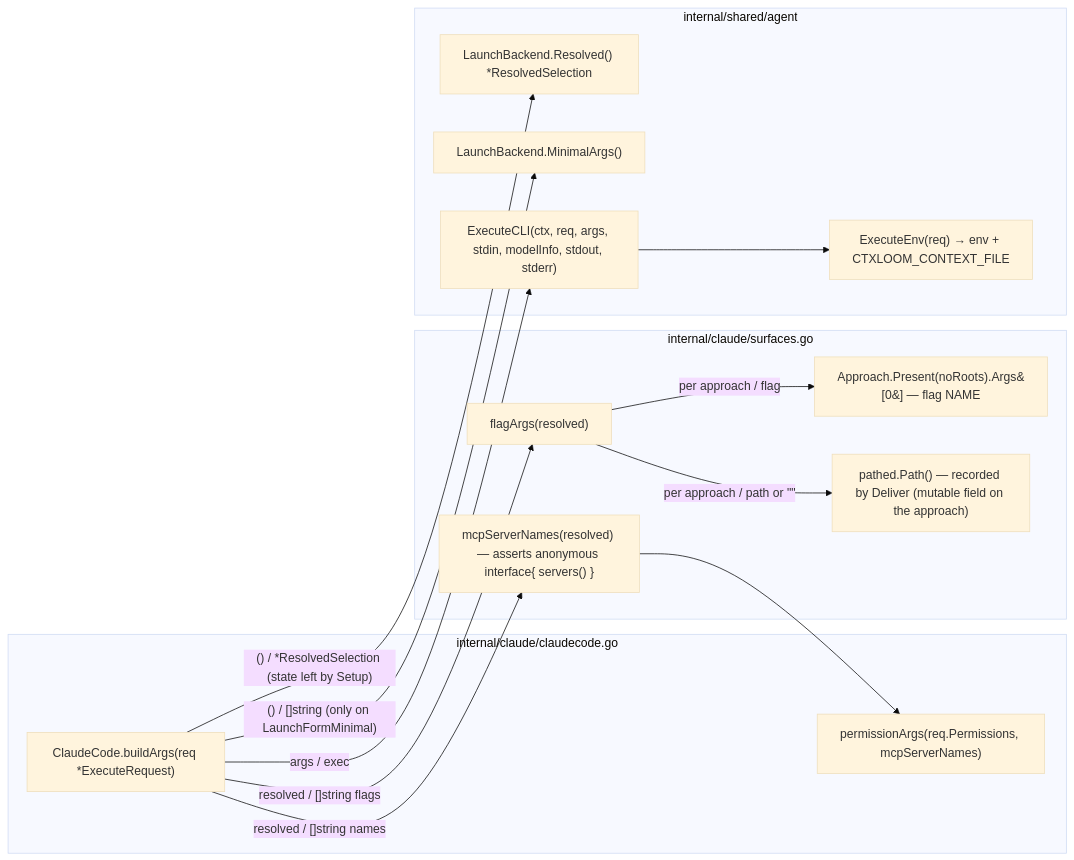
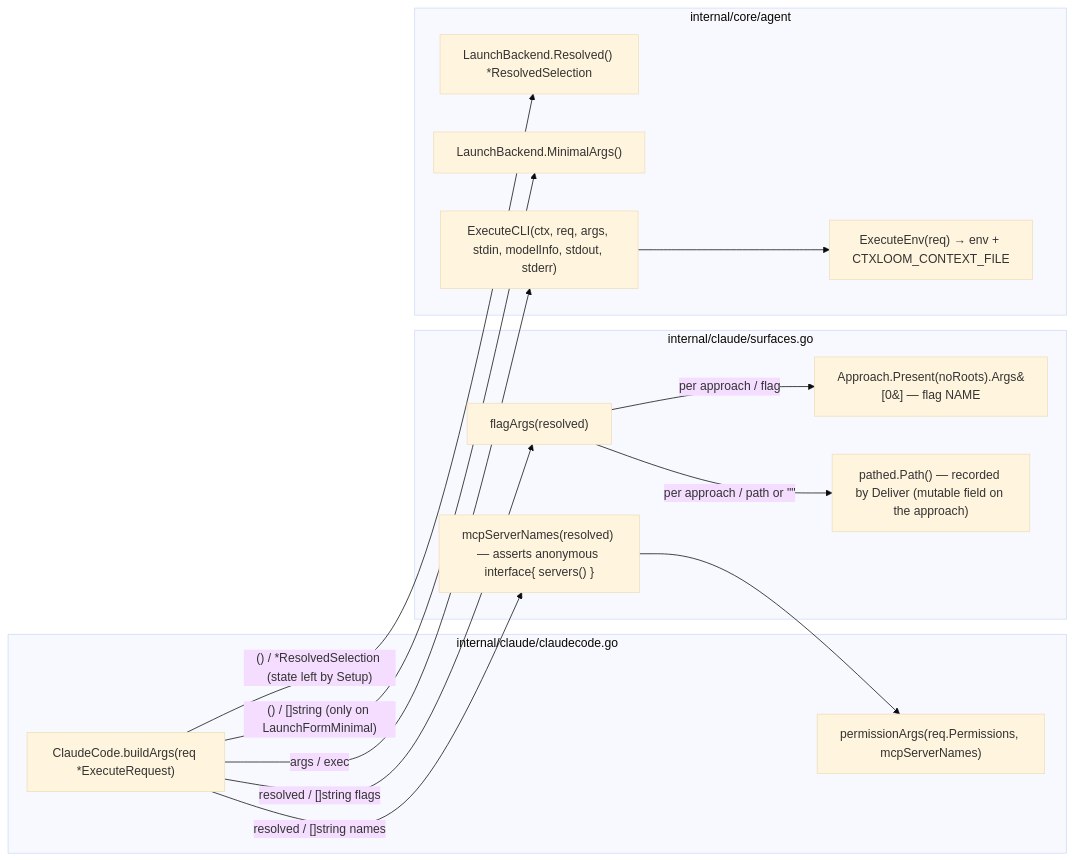
Before and after one commit to ctxloom/ctxloom: the sixth of 10 diagrams in docs/architecture/audit-2026-09-18/03-delivery-surfaces.md, drawn with Mermaid (base theme). The commit also changed other lines of this file and 1836 other files, not shown here.

First line of the commit message:
refactor(arch): move the core ring into internal/core

````diff
--- a/docs/architecture/audit-2026-09-18/03-delivery-surfaces.md
+++ b/docs/architecture/audit-2026-09-18/03-delivery-surfaces.md
@@ -418,28 +418,28 @@
 ```mermaid
 flowchart LR
   subgraph cc["internal/claude/claudecode.go"]
     BA["ClaudeCode.buildArgs(req *ExecuteRequest)"]
     PA["permissionArgs(req.Permissions, mcpServerNames)"]
   end
   subgraph sf["internal/claude/surfaces.go"]
     FA["flagArgs(resolved)"]
     MSN["mcpServerNames(resolved) — asserts anonymous interface{ servers() }"]
     P["Approach.Present(noRoots).Args&#91;0&#93; — flag NAME"]
     PATH["pathed.Path() — recorded by Deliver (mutable field on the approach)"]
   end
-  subgraph lb["internal/shared/agent"]
+  subgraph lb["internal/core/agent"]
     RES["LaunchBackend.Resolved() *ResolvedSelection"]
     MA["LaunchBackend.MinimalArgs()"]
     EE["ExecuteEnv(req) → env + CTXLOOM_CONTEXT_FILE"]
     ECLI["ExecuteCLI(ctx, req, args, stdin, modelInfo, stdout, stderr)"]
   end
   BA -- "() / *ResolvedSelection (state left by Setup)" --> RES
   BA -- "resolved / []string flags" --> FA
   FA -- "per approach / flag" --> P
   FA -- "per approach / path or &quot;&quot;" --> PATH
   BA -- "resolved / []string names" --> MSN
   MSN --> PA
   BA -- "() / []string (only on LaunchFormMinimal)" --> MA
   BA -- "args / exec" --> ECLI
   ECLI --> EE
 ```
````
